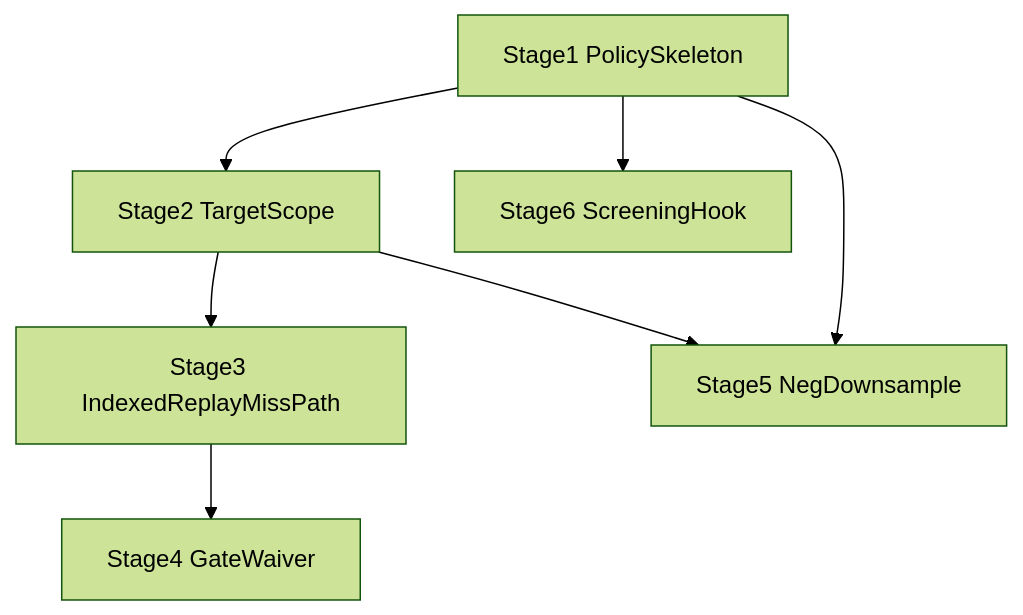
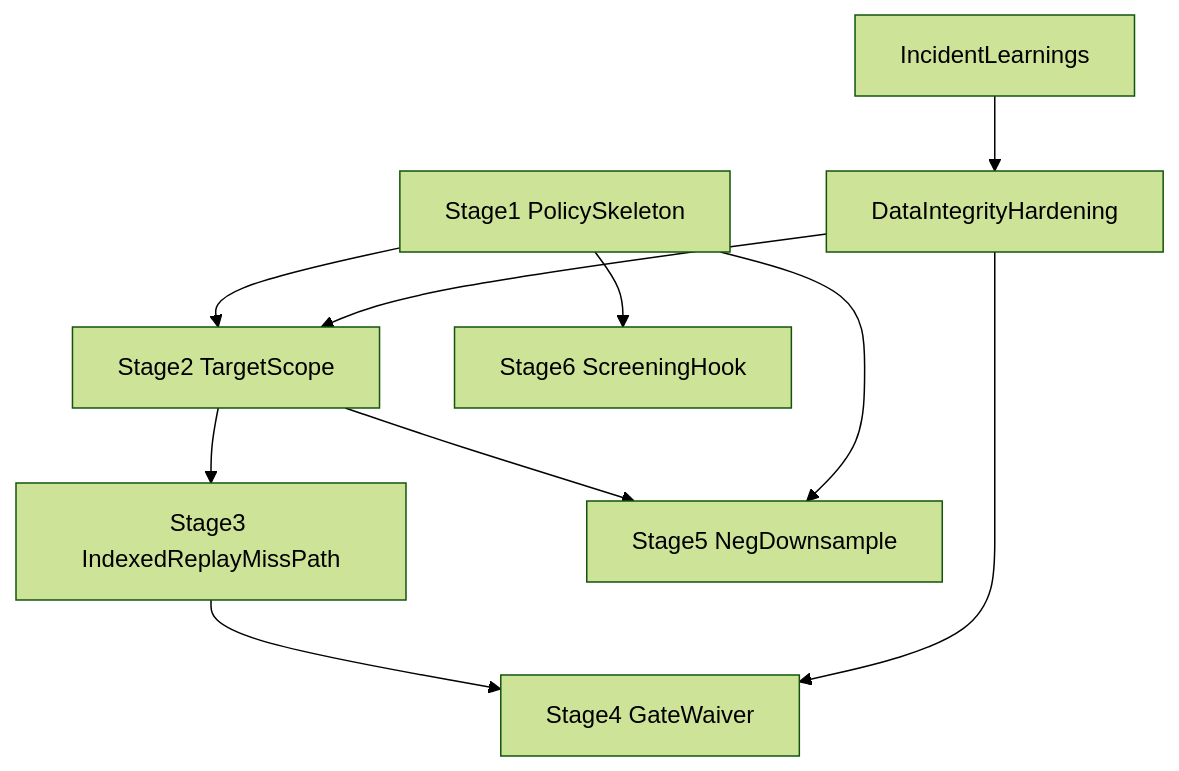
The diagram in trainer_hightier/doc/working/active/Training Acceleration and Scope - WORKING_PLAN.md (comsaint/Patron_Walkaway), drawn with Mermaid (forest theme) before and after one commit. The commit also changed other lines of this file and 1 other file, not shown here.

First line of the commit message:
docs(training-acceleration): record Stage 3 quantile reuse and incident hardening

````diff
--- a/trainer_hightier/doc/working/active/Training Acceleration and Scope - WORKING_PLAN.md
+++ b/trainer_hightier/doc/working/active/Training Acceleration and Scope - WORKING_PLAN.md
@@ -265,9 +319,12 @@
 ```mermaid
 flowchart TD
+    Incident[IncidentLearnings] --> Hardening[DataIntegrityHardening]
     S1[Stage1 PolicySkeleton] --> S2[Stage2 TargetScope]
+    Hardening --> S2
     S2 --> S3[Stage3 IndexedReplayMissPath]
     S3 --> S4[Stage4 GateWaiver]
+    Hardening --> S4
     S2 --> S5[Stage5 NegDownsample]
     S1 --> S5
     S1 --> S6[Stage6 ScreeningHook]
 ```
````
